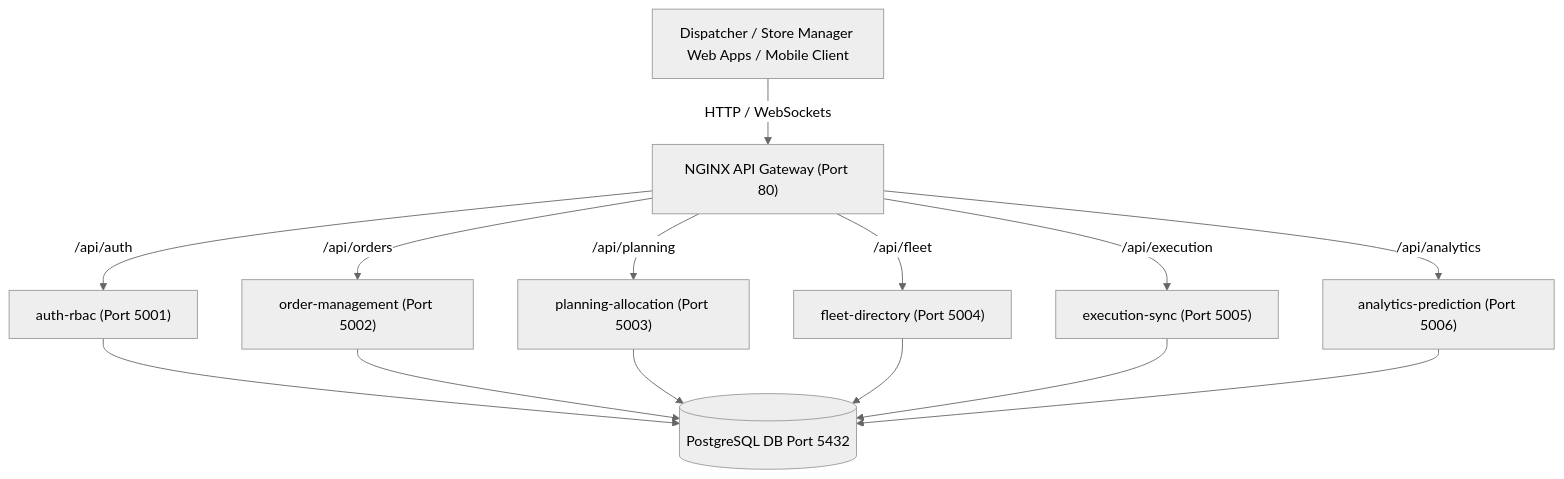
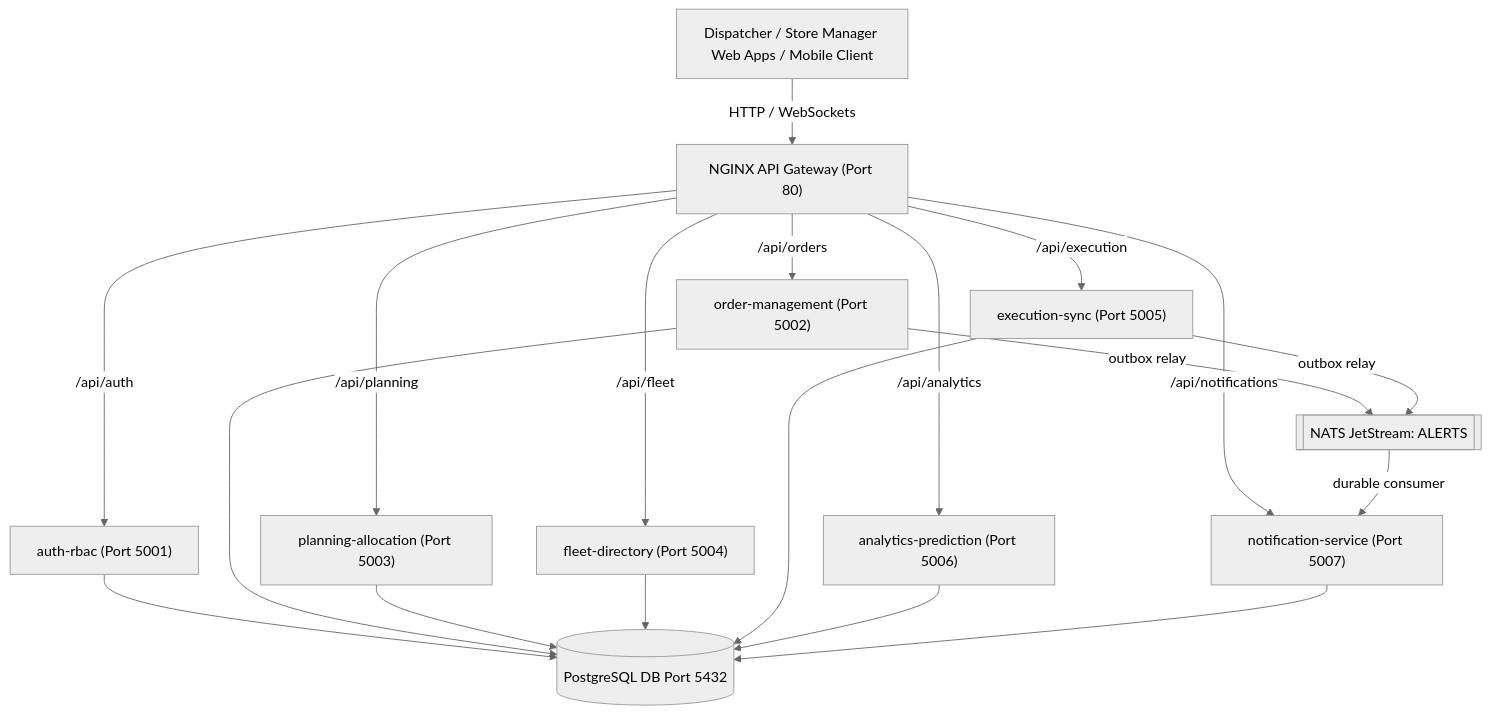
Before and after one commit to navod-abay/Cryptonovate_WayPath: the diagram in docs/architecture.md, drawn with Mermaid (neutral theme). The commit also changed other lines of this file and 388 other files, not shown here.

Commit message:
Notification Service

````diff
--- a/docs/architecture.md
+++ b/docs/architecture.md
@@ -7,18 +7,24 @@
 ```mermaid
 graph TD
     Client["Dispatcher / Store Manager Web Apps / Mobile Client"] -->|HTTP / WebSockets| Gateway["NGINX API Gateway (Port 80)"]
     
     Gateway -->|/api/auth| Auth["auth-rbac (Port 5001)"]
     Gateway -->|/api/orders| Orders["order-management (Port 5002)"]
     Gateway -->|/api/planning| Planning["planning-allocation (Port 5003)"]
     Gateway -->|/api/fleet| Fleet["fleet-directory (Port 5004)"]
     Gateway -->|/api/execution| Execution["execution-sync (Port 5005)"]
     Gateway -->|/api/analytics| Analytics["analytics-prediction (Port 5006)"]
+    Gateway -->|/api/notifications| Notify["notification-service (Port 5007)"]
+
+    Orders -->|outbox relay| NATS[["NATS JetStream: ALERTS"]]
+    Execution -->|outbox relay| NATS
+    NATS -->|durable consumer| Notify
 
     Auth --> Postgres[(PostgreSQL DB Port 5432)]
     Orders --> Postgres
     Planning --> Postgres
     Fleet --> Postgres
     Execution --> Postgres
     Analytics --> Postgres
+    Notify --> Postgres
 ```
````
